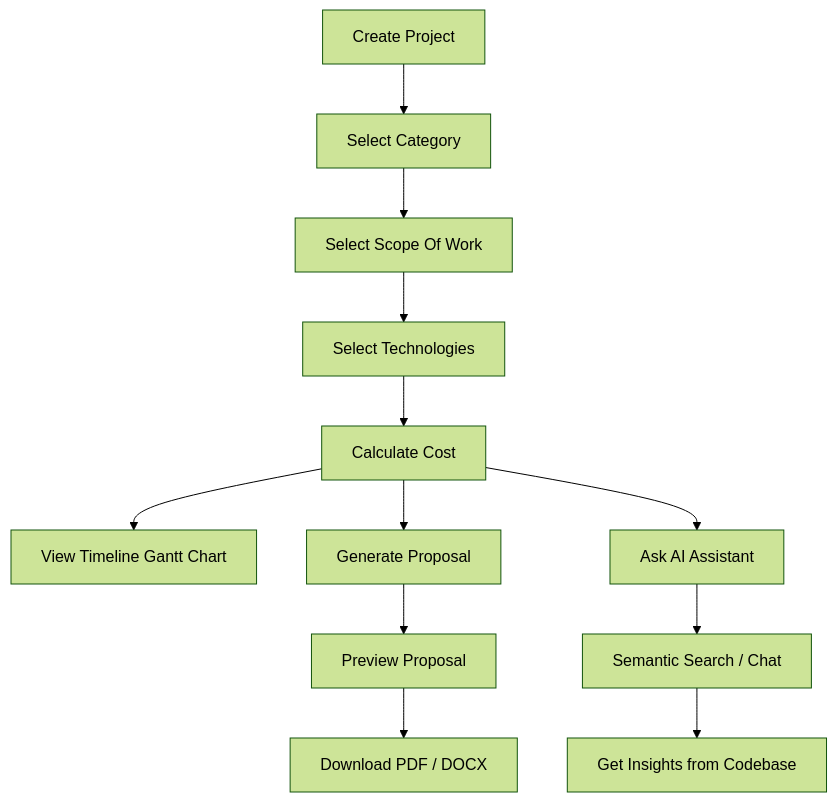
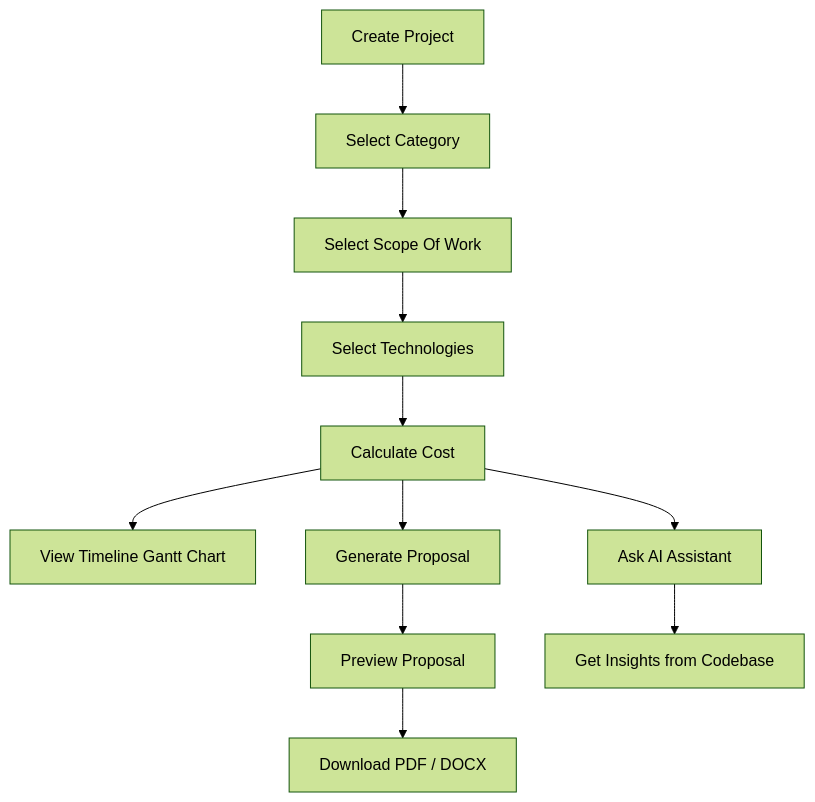
The third of 4 diagrams in README.md (Ritesh151/ProManage-AI), drawn with Mermaid (forest theme) before and after one commit. The commit also changed other lines of this file and 70 other files, not shown here.

````diff
--- a/README.md
+++ b/README.md
@@ -671,14 +736,13 @@
 ```mermaid
 graph TD;
     A[Create Project] --> B[Select Category]
     B --> C[Select Scope Of Work]
     C --> D[Select Technologies]
     D --> E[Calculate Cost]
     E --> F[View Timeline Gantt Chart]
     E --> G[Generate Proposal]
     G --> H[Preview Proposal]
     H --> I[Download PDF / DOCX]
     E --> J[Ask AI Assistant]
-    J --> K[Semantic Search / Chat]
-    K --> L[Get Insights from Codebase]
+    J --> K[Get Insights from Codebase]
 ```
````
